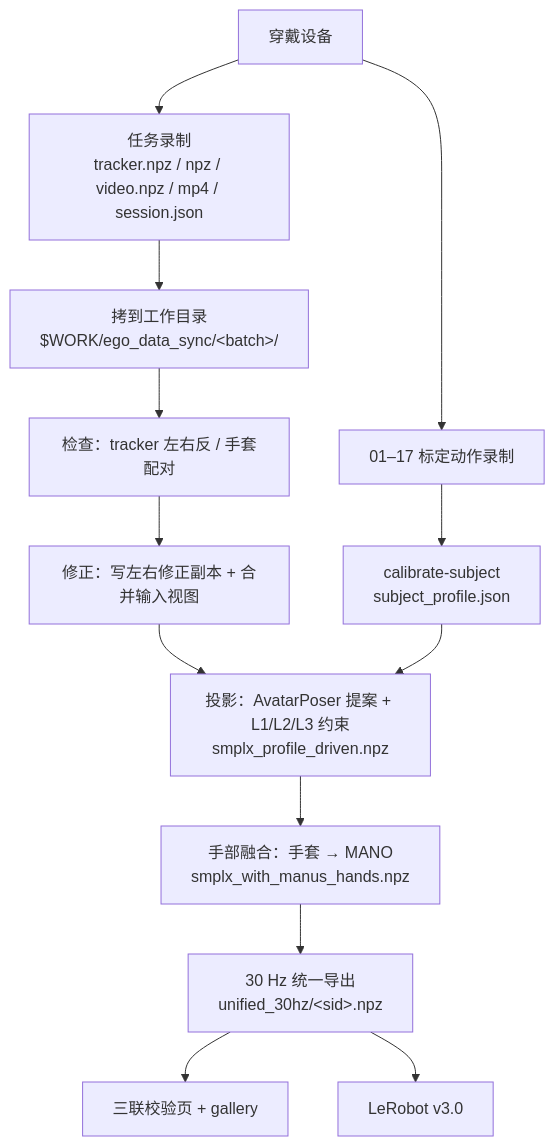
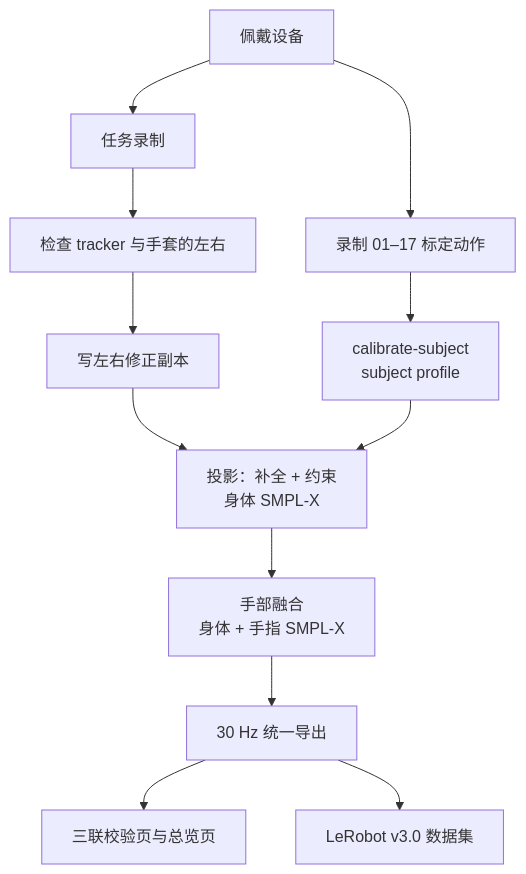
Before and after one commit to InternRobotics/EgoExplorer-Guidelines: the diagram in docs/zh/00_overview.md, drawn with Mermaid. The commit also changed other lines of this file and 31 other files, not shown here.

First line of the commit message:
Edit the guidelines for clarity and layout; rebuild the rig figure

````diff
--- a/docs/zh/00_overview.md
+++ b/docs/zh/00_overview.md
@@ -28,15 +32,14 @@
 ```mermaid
 flowchart TD
-    A[穿戴设备] --> B[01–17 标定动作录制]
-    B --> C[calibrate-subject<br/>subject_profile.json]
-    A --> D[任务录制<br/>tracker.npz / npz / video.npz / mp4 / session.json]
-    D --> E[拷到工作目录<br/>$WORK/ego_data_sync/&lt;batch&gt;/]
-    E --> I[检查：tracker 左右反 / 手套配对]
-    I --> J[修正：写左右修正副本 + 合并输入视图]
-    J --> H[投影：AvatarPoser 提案 + L1/L2/L3 约束<br/>smplx_profile_driven.npz]
+    A[佩戴设备] --> B[录制 01–17 标定动作]
+    B --> C[calibrate-subject<br/>subject profile]
+    A --> D[任务录制]
+    D --> I[检查 tracker 与手套的左右]
+    I --> J[写左右修正副本]
+    J --> H[投影：补全 + 约束<br/>身体 SMPL-X]
     C --> H
-    H --> K[手部融合：手套 → MANO<br/>smplx_with_manus_hands.npz]
-    K --> L[30 Hz 统一导出<br/>unified_30hz/&lt;sid&gt;.npz]
-    L --> M[三联校验页 + gallery]
-    L --> O[LeRobot v3.0]
+    H --> K[手部融合<br/>身体 + 手指 SMPL-X]
+    K --> L[30 Hz 统一导出]
+    L --> M[三联校验页与总览页]
+    L --> O[LeRobot v3.0 数据集]
 ```
````
